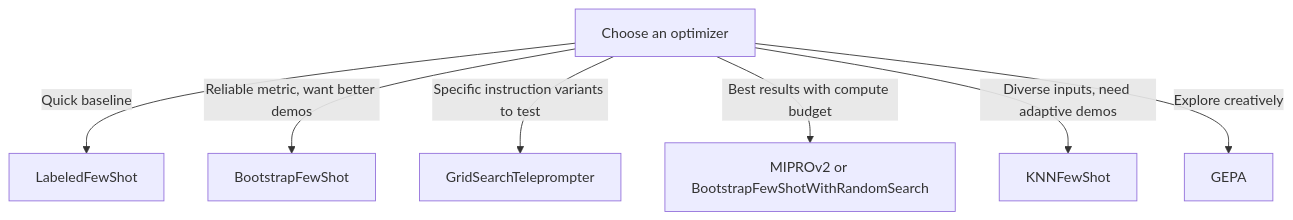
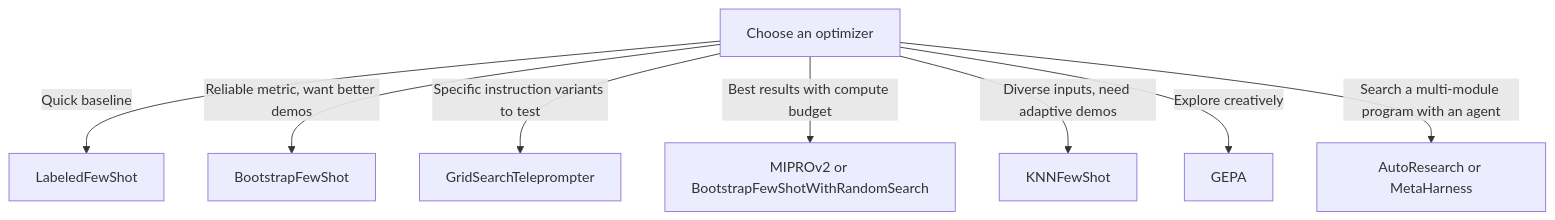
The diagram in vignettes/concepts-optimization-theory.Rmd (JamesHWade/dsprrr), drawn with Mermaid before and after one commit. The commit also changed other lines of this file and 21 other files, not shown here.

Commit message:
Add AutoResearch and Meta-Harness agentic optimizers (#122)

````diff
--- a/vignettes/concepts-optimization-theory.Rmd
+++ b/vignettes/concepts-optimization-theory.Rmd
@@ -367,10 +376,11 @@
 ```mermaid
 flowchart TB
   Start["Choose an optimizer"]
   Start -->|Quick baseline| Labeled["LabeledFewShot"]
   Start -->|Reliable metric, want better demos| Bootstrap["BootstrapFewShot"]
   Start -->|Specific instruction variants to test| Grid["GridSearchTeleprompter"]
   Start -->|Best results with compute budget| MIPRO["MIPROv2 or BootstrapFewShotWithRandomSearch"]
   Start -->|Diverse inputs, need adaptive demos| KNN["KNNFewShot"]
   Start -->|Explore creatively| GEPA["GEPA"]
+  Start -->|Search a multi-module program with an agent| Harness["AutoResearch or MetaHarness"]
 ```
````
